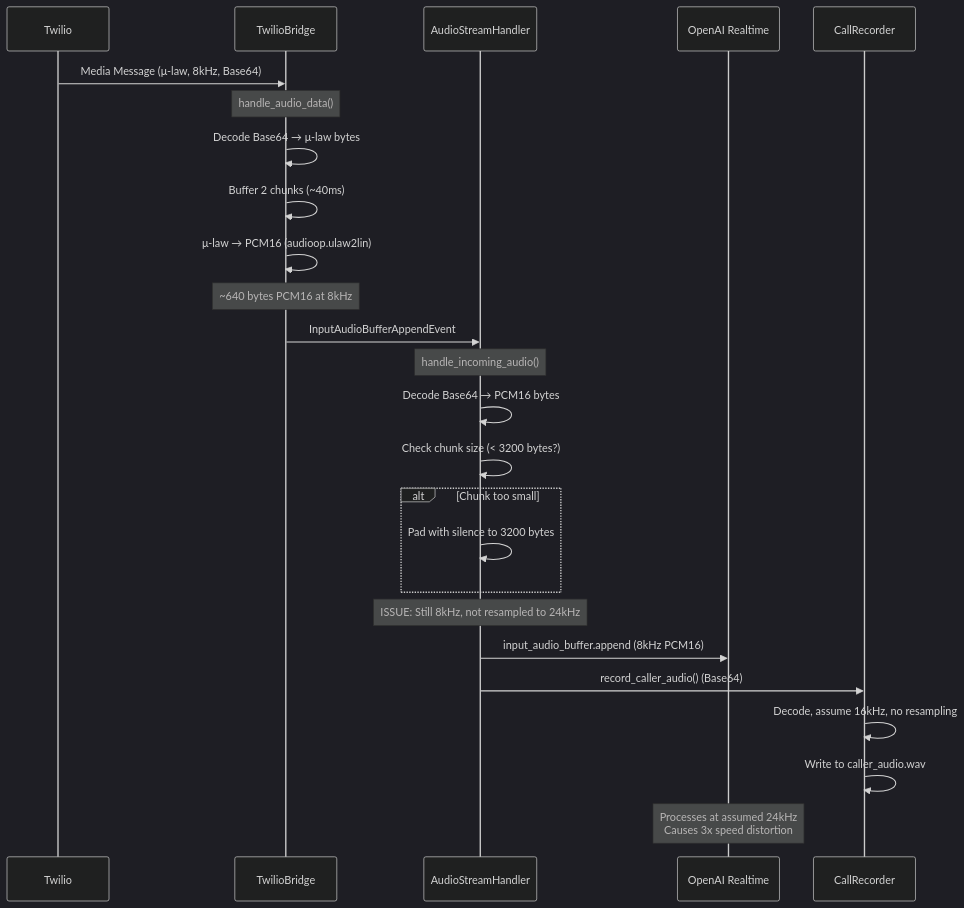
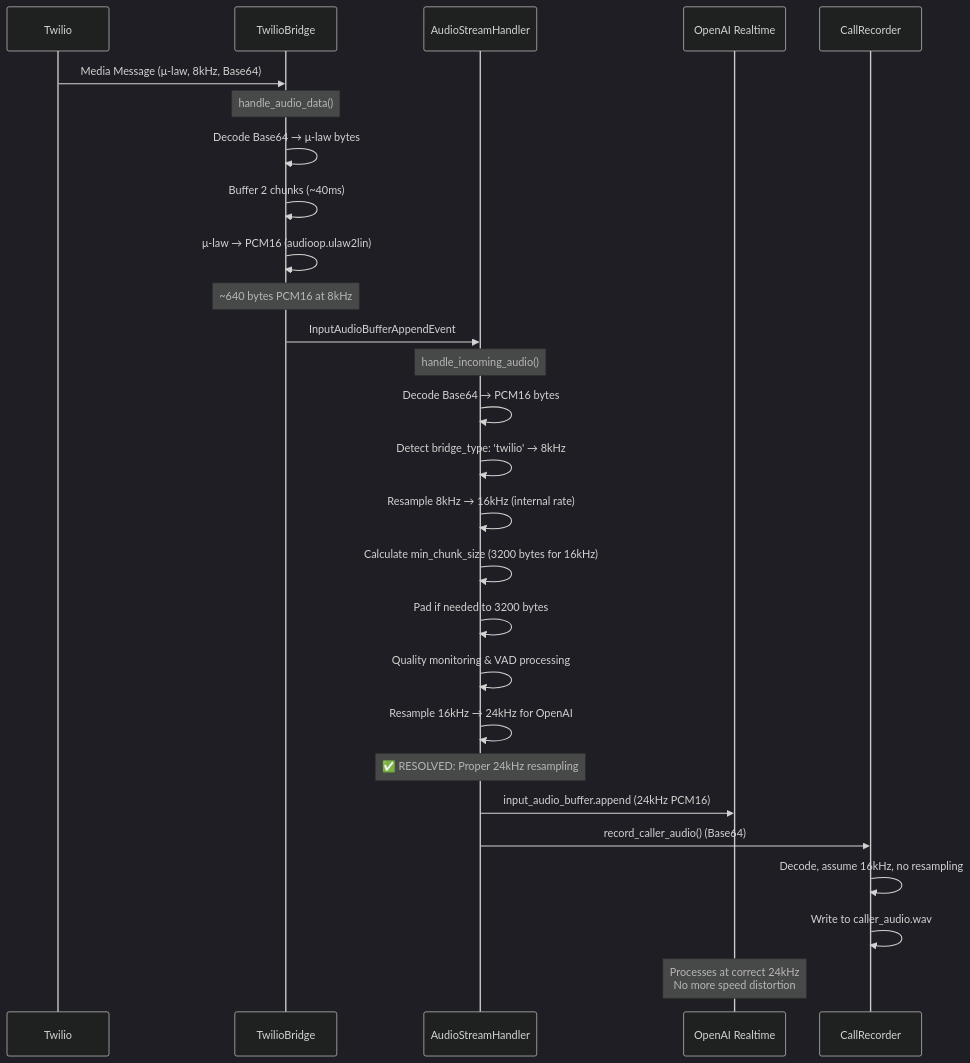
Before and after one commit to csmangum/opusagent: the fifth of 8 diagrams in docs/audio_technical_implementation.md, drawn with Mermaid (dark theme). The commit also changed other lines of this file and 2 other files, not shown here.

First line of the commit message:
Consolidate audio format flow analysis and technical implementation documentation

````diff
--- a/docs/audio_technical_implementation.md
+++ b/docs/audio_technical_implementation.md
@@ -9,31 +160,33 @@
 ```mermaid
 sequenceDiagram
     participant T as Twilio
     participant TB as TwilioBridge
     participant ASH as AudioStreamHandler
     participant OAI as OpenAI Realtime
     participant CR as CallRecorder
     
     T->>TB: Media Message (μ-law, 8kHz, Base64)
     Note over TB: handle_audio_data()
     TB->>TB: Decode Base64 → μ-law bytes
     TB->>TB: Buffer 2 chunks (~40ms)
     TB->>TB: μ-law → PCM16 (audioop.ulaw2lin)
     Note over TB: ~640 bytes PCM16 at 8kHz
     TB->>ASH: InputAudioBufferAppendEvent
     
     Note over ASH: handle_incoming_audio()
     ASH->>ASH: Decode Base64 → PCM16 bytes
-    ASH->>ASH: Check chunk size (< 3200 bytes?)
-    alt Chunk too small
-        ASH->>ASH: Pad with silence to 3200 bytes
-    end
-    Note over ASH: ISSUE: Still 8kHz, not resampled to 24kHz
-    ASH->>OAI: input_audio_buffer.append (8kHz PCM16)
+    ASH->>ASH: Detect bridge_type: 'twilio' → 8kHz
+    ASH->>ASH: Resample 8kHz → 16kHz (internal rate)
+    ASH->>ASH: Calculate min_chunk_size (3200 bytes for 16kHz)
+    ASH->>ASH: Pad if needed to 3200 bytes
+    ASH->>ASH: Quality monitoring & VAD processing
+    ASH->>ASH: Resample 16kHz → 24kHz for OpenAI
+    Note over ASH: ✅ RESOLVED: Proper 24kHz resampling
+    ASH->>OAI: input_audio_buffer.append (24kHz PCM16)
     
     ASH->>CR: record_caller_audio() (Base64)
     CR->>CR: Decode, assume 16kHz, no resampling
     CR->>CR: Write to caller_audio.wav
     
-    Note over OAI: Processes at assumed 24kHz<br/>Causes 3x speed distortion
+    Note over OAI: Processes at correct 24kHz<br/>No more speed distortion
 ```
````
